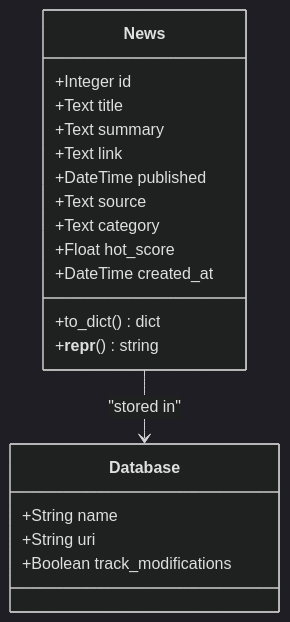
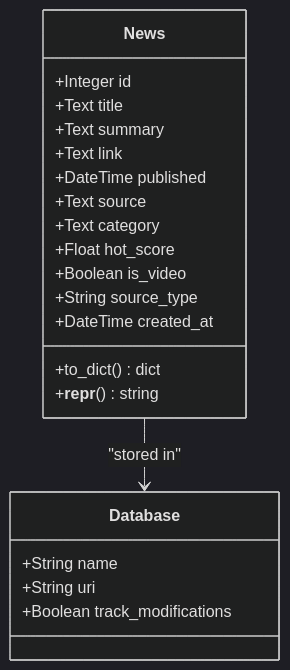
The third of 4 diagrams in .qoder/repowiki/en/content/Backend API Documentation/Backend API Documentation.md (zbw-zbw/news-aggregator), drawn with Mermaid (dark theme) before and after one commit. The commit also changed other lines of this file and 9 other files, not shown here.

````diff
--- a/.qoder/repowiki/en/content/Backend API Documentation/Backend API Documentation.md
+++ b/.qoder/repowiki/en/content/Backend API Documentation/Backend API Documentation.md
@@ -246,22 +314,24 @@
 ```mermaid
 classDiagram
 class News {
 +Integer id
 +Text title
 +Text summary
 +Text link
 +DateTime published
 +Text source
 +Text category
 +Float hot_score
++Boolean is_video
++String source_type
 +DateTime created_at
 +to_dict() dict
 +__repr__() string
 }
 class Database {
 +String name
 +String uri
 +Boolean track_modifications
 }
 News --> Database : "stored in"
 ```
````
